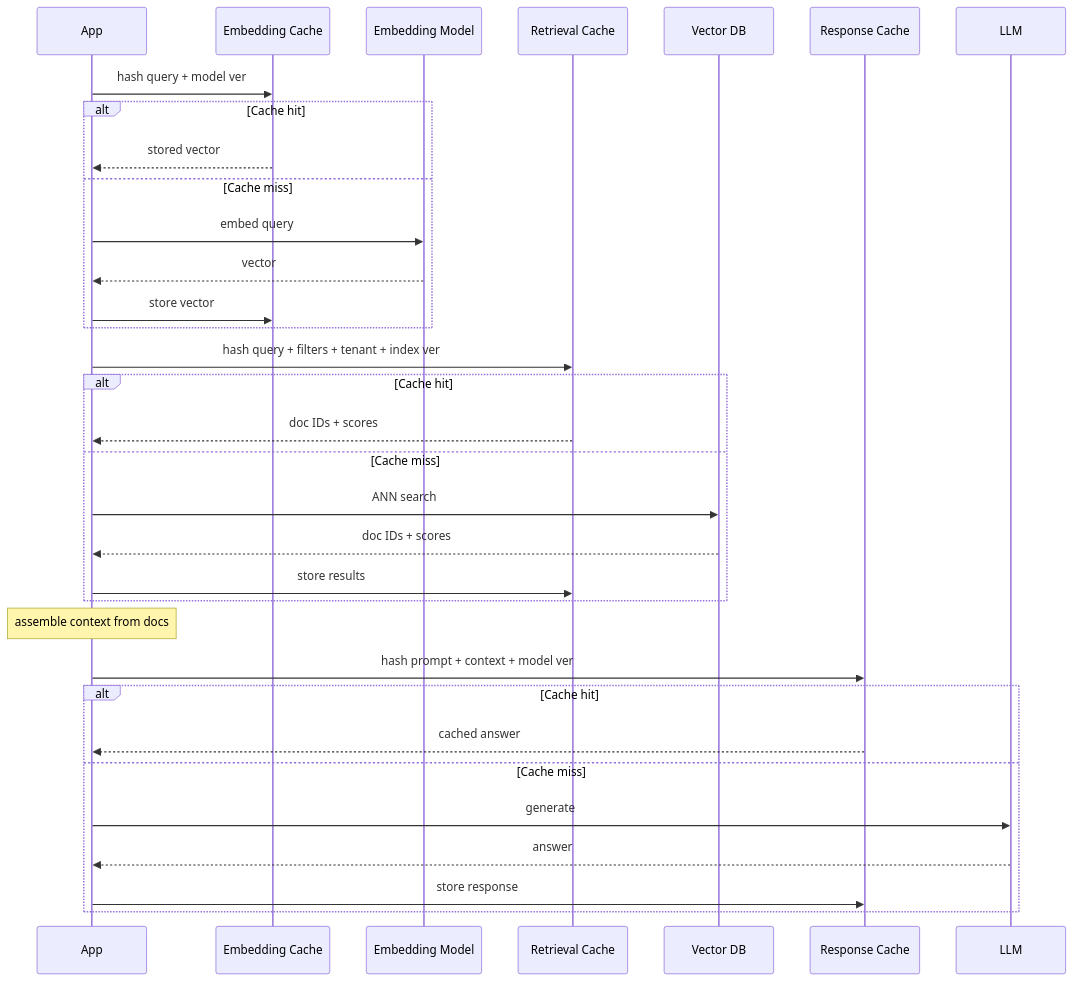
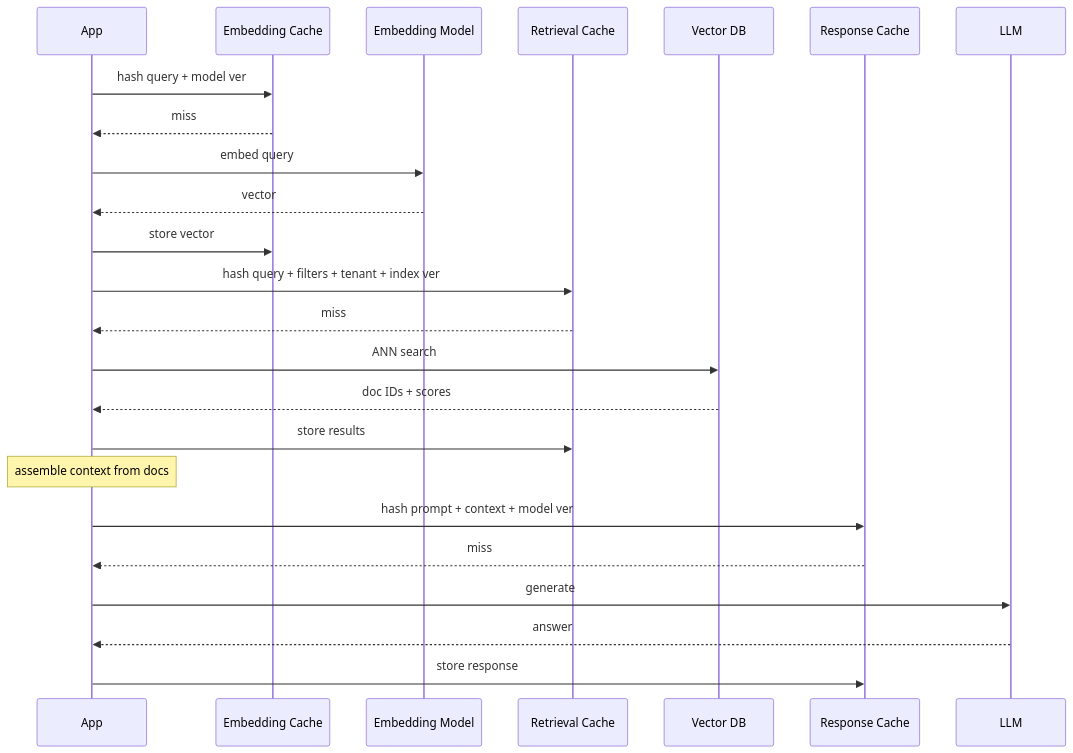
The second of 2 diagrams in Vault/Software Engineering/11 AI & ML/LLM/RAG/Caching.md (grafanaKibana/devbook.zip), drawn with Mermaid before and after one commit. The commit also changed other lines of this file, not shown here.

Commit message:
vault backup: 2026-06-09 16:36:50

````diff
--- a/Vault/Software Engineering/11 AI & ML/LLM/RAG/Caching.md
+++ b/Vault/Software Engineering/11 AI & ML/LLM/RAG/Caching.md
@@ -21,39 +46,30 @@
 ```mermaid
 sequenceDiagram
   participant App
   participant EC as Embedding Cache
   participant EM as Embedding Model
   participant RC as Retrieval Cache
   participant VDB as Vector DB
   participant LC as Response Cache
   participant LLM
 
   App->>EC: hash query + model ver
-  alt Cache hit
-    EC-->>App: stored vector
-  else Cache miss
-    App->>EM: embed query
-    EM-->>App: vector
-    App->>EC: store vector
-  end
+  EC-->>App: miss
+  App->>EM: embed query
+  EM-->>App: vector
+  App->>EC: store vector
 
   App->>RC: hash query + filters + tenant + index ver
-  alt Cache hit
-    RC-->>App: doc IDs + scores
-  else Cache miss
-    App->>VDB: ANN search
-    VDB-->>App: doc IDs + scores
-    App->>RC: store results
-  end
+  RC-->>App: miss
+  App->>VDB: ANN search
+  VDB-->>App: doc IDs + scores
+  App->>RC: store results
 
   Note over App: assemble context from docs
 
   App->>LC: hash prompt + context + model ver
-  alt Cache hit
-    LC-->>App: cached answer
-  else Cache miss
-    App->>LLM: generate
-    LLM-->>App: answer
-    App->>LC: store response
-  end
+  LC-->>App: miss
+  App->>LLM: generate
+  LLM-->>App: answer
+  App->>LC: store response
 ```
````
